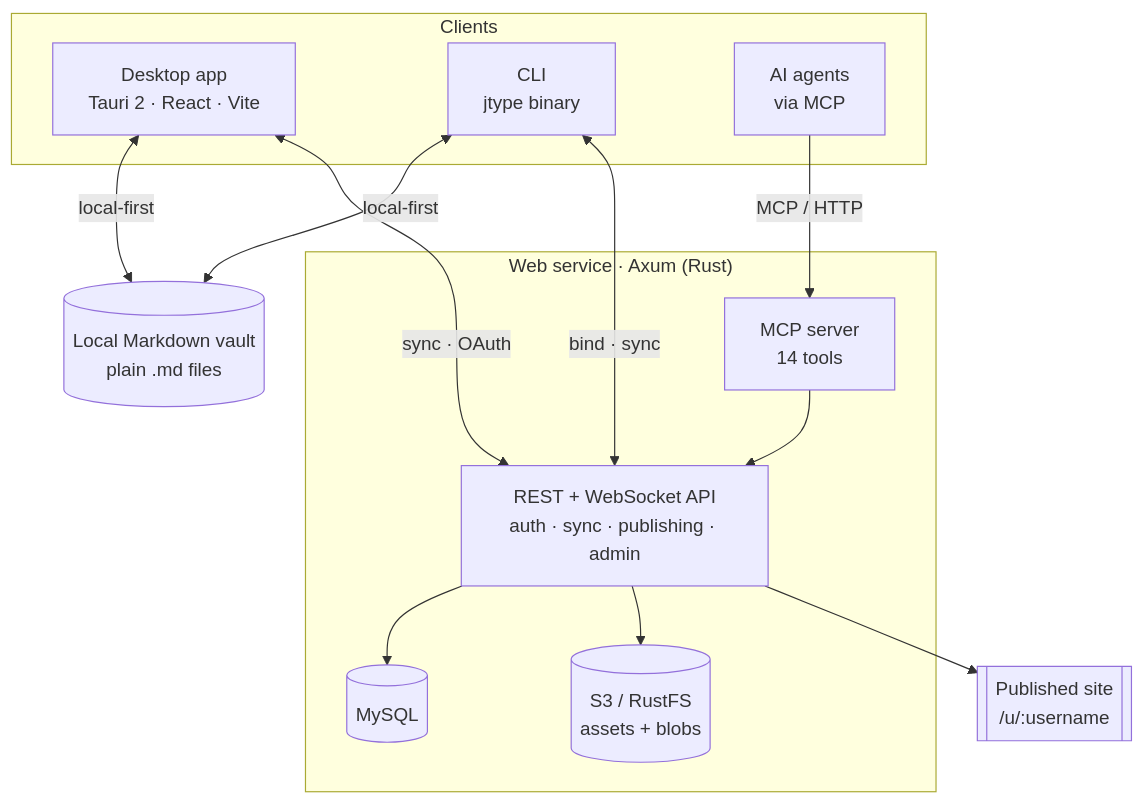
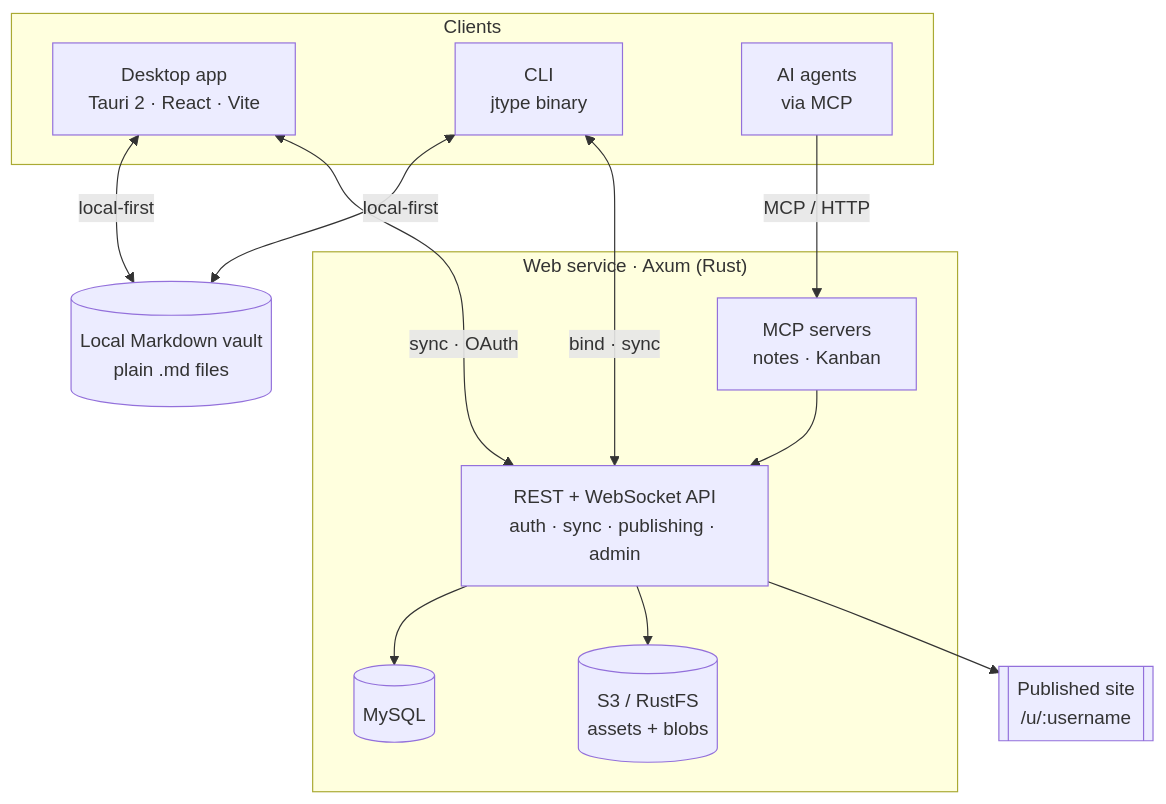
Before and after one commit to cnjack/jtype: the third of 3 diagrams in README.md, drawn with Mermaid. The commit also changed other lines of this file and 112 other files, not shown here.

````diff
--- a/README.md
+++ b/README.md
@@ -186,29 +193,29 @@
 ```mermaid
 flowchart TB
     subgraph clients["Clients"]
         D["Desktop app<br/>Tauri 2 · React · Vite"]
         C["CLI<br/>jtype binary"]
         AG["AI agents<br/>via MCP"]
     end
 
     V[("Local Markdown vault<br/>plain .md files")]
 
     subgraph cloud["Web service · Axum (Rust)"]
         API["REST + WebSocket API<br/>auth · sync · publishing · admin"]
-        MCP["MCP server<br/>14 tools"]
+        MCP["MCP servers<br/>notes · Kanban"]
         DB[("MySQL")]
         OBJ[("S3 / RustFS<br/>assets + blobs")]
     end
 
     SITE[["Published site<br/>/u/:username"]]
 
     D <-->|local-first| V
     C <-->|local-first| V
     D <-->|sync · OAuth| API
     C <-->|bind · sync| API
     AG -->|MCP / HTTP| MCP
     MCP --> API
     API --> DB
     API --> OBJ
     API --> SITE
 ```
````
